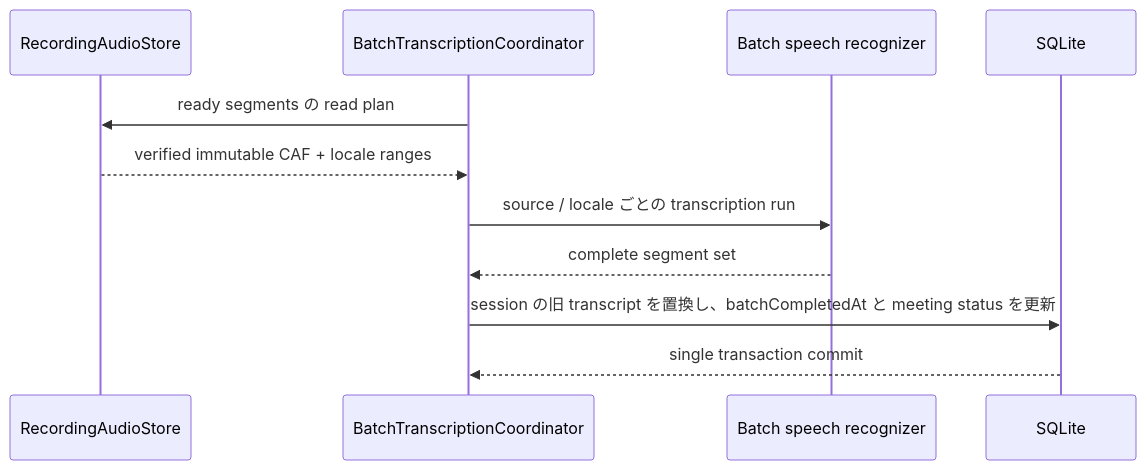
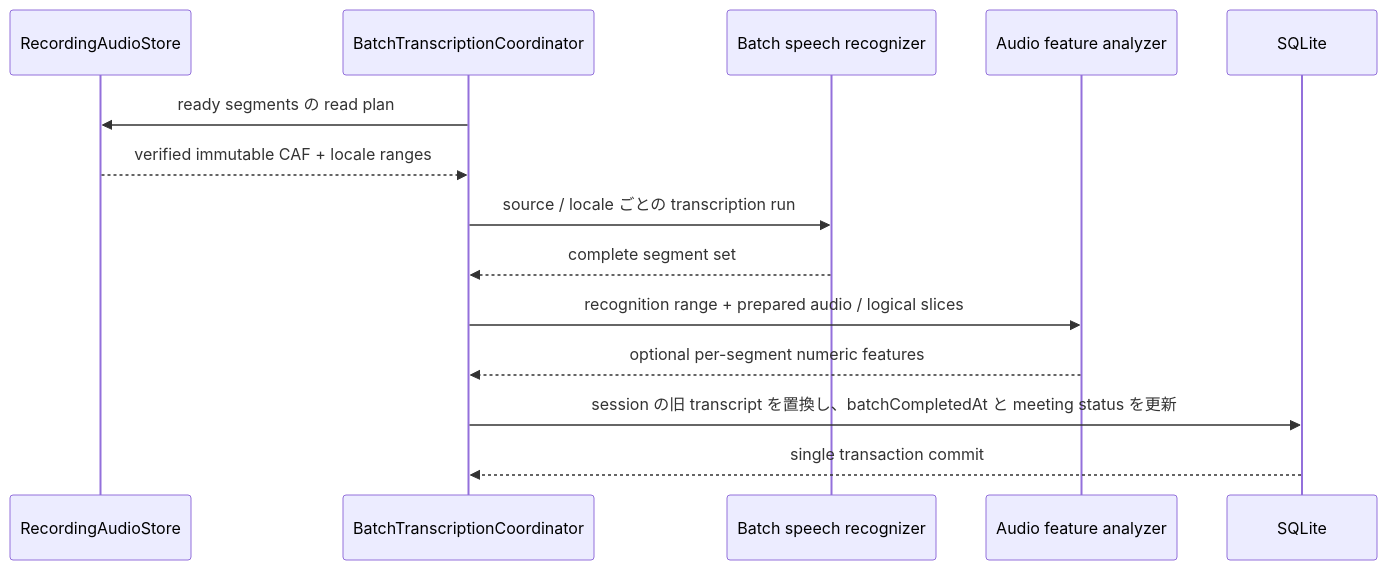
The fourth of 5 diagrams in docs/architecture/audio-transcription-data-flow.md (dahlia-org/dahlia), drawn with Mermaid before and after one commit. The commit also changed other lines of this file and 15 other files, not shown here.

Commit message:
Add transcript audio feature persistence

````diff
--- a/docs/architecture/audio-transcription-data-flow.md
+++ b/docs/architecture/audio-transcription-data-flow.md
@@ -215,14 +216,17 @@
 ```mermaid
 sequenceDiagram
     participant Audio as RecordingAudioStore
     participant Batch as BatchTranscriptionCoordinator
     participant Speech as Batch speech recognizer
+    participant Features as Audio feature analyzer
     participant DB as SQLite
 
     Batch->>Audio: ready segments の read plan
     Audio-->>Batch: verified immutable CAF + locale ranges
     Batch->>Speech: source / locale ごとの transcription run
     Speech-->>Batch: complete segment set
+    Batch->>Features: recognition range + prepared audio / logical slices
+    Features-->>Batch: optional per-segment numeric features
     Batch->>DB: session の旧 transcript を置換し、batchCompletedAt と meeting status を更新
     DB-->>Batch: single transaction commit
 ```
````
